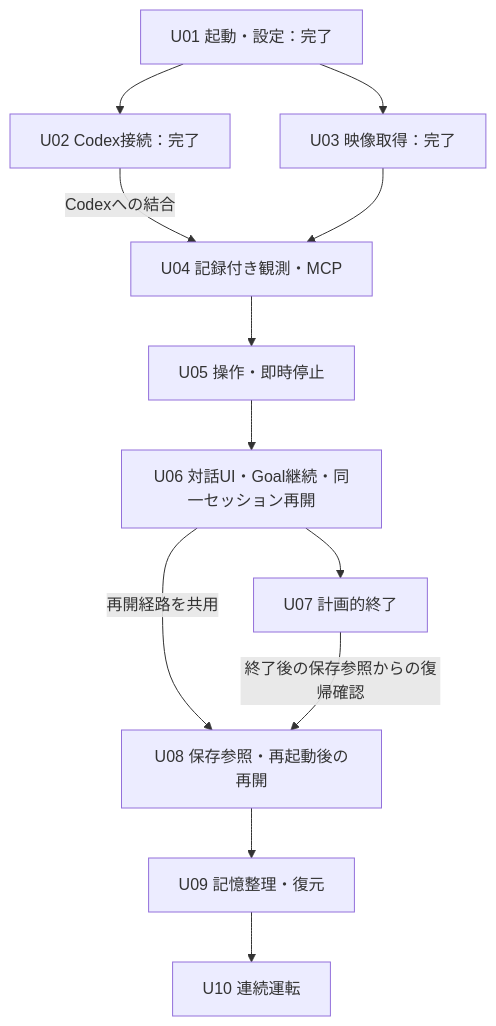
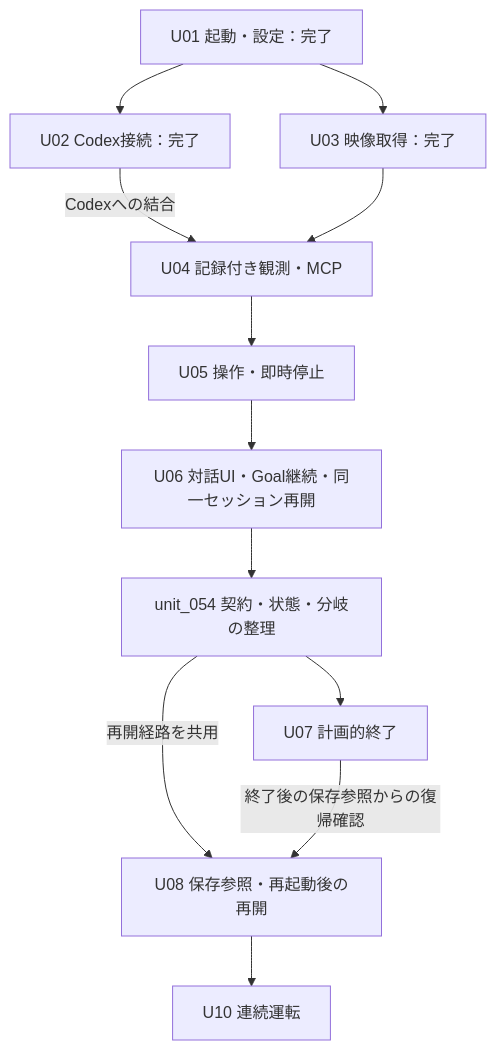
The diagram in spec/initial/05-implementation.md (niart120/Project_Gigas), drawn with Mermaid before and after one commit. The commit also changed other lines of this file and 18 other files, not shown here.

````diff
--- a/spec/initial/05-implementation.md
+++ b/spec/initial/05-implementation.md
@@ -53,14 +55,14 @@
 ```mermaid
 flowchart TD
     U01["U01 起動・設定：完了"] --> U02["U02 Codex接続：完了"]
     U01 --> U03["U03 映像取得：完了"]
     U02 -->|"Codexへの結合"| U04["U04 記録付き観測・MCP"]
     U03 --> U04
     U04 --> U05["U05 操作・即時停止"]
     U05 --> U06["U06 対話UI・Goal継続・同一セッション再開"]
-    U06 --> U07["U07 計画的終了"]
-    U06 -->|"再開経路を共用"| U08["U08 保存参照・再起動後の再開"]
+    U06 --> K["unit_054 契約・状態・分岐の整理"]
+    K --> U07["U07 計画的終了"]
+    K -->|"再開経路を共用"| U08["U08 保存参照・再起動後の再開"]
     U07 -->|"終了後の保存参照からの復帰確認"| U08
-    U08 --> U09["U09 記憶整理・復元"]
-    U09 --> U10["U10 連続運転"]
+    U08 --> U10["U10 連続運転"]
 ```
````
